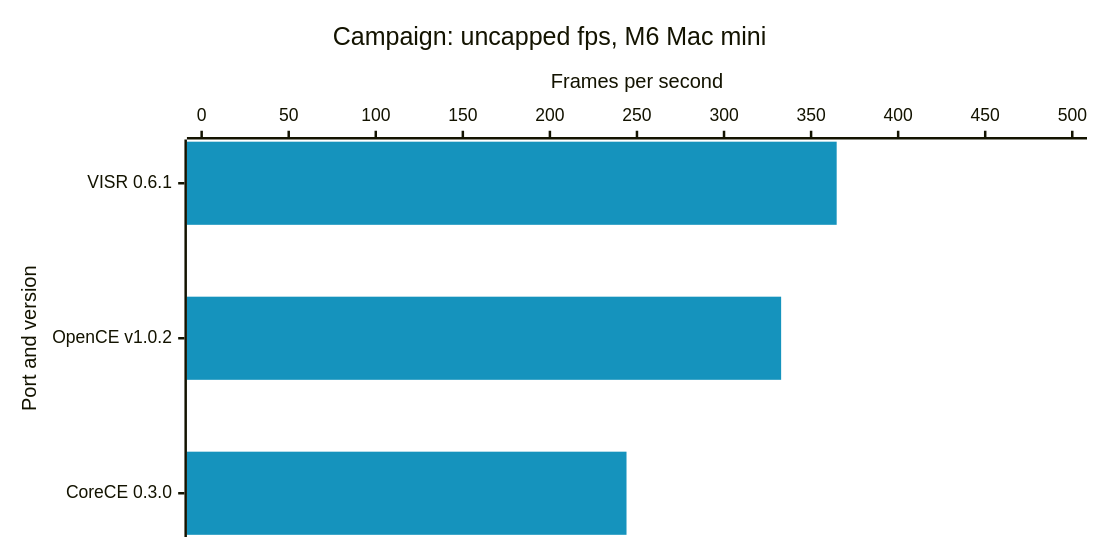
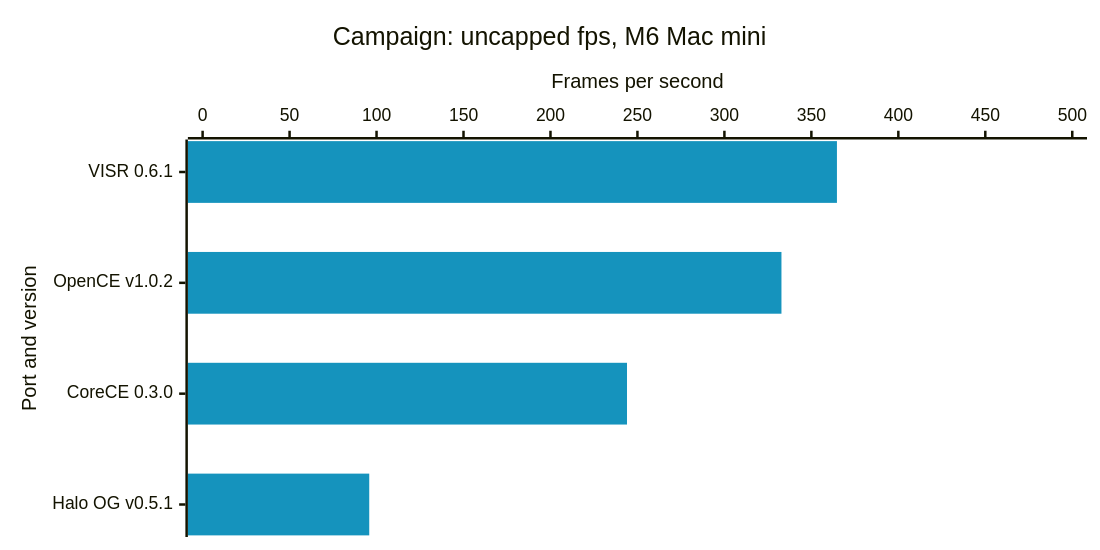
The first of 4 diagrams in docs/benchmarks.md (steverice/halo-ce-ios), drawn with Mermaid before and after one commit. The commit also changed other lines of this file and 11 other files, not shown here.

````diff
--- a/docs/benchmarks.md
+++ b/docs/benchmarks.md
@@ -17,16 +17,16 @@
 ```mermaid
 ---
 config:
   xyChart:
     width: 860
     height: 420
   themeVariables:
     xyChart:
       plotColorPalette: "#1593bd, #c8870a"
 ---
 xychart-beta horizontal
     title "Campaign: uncapped fps, M6 Mac mini"
-    x-axis "Port and version" ["VISR 0.6.1", "OpenCE v1.0.2", "CoreCE 0.3.0"]
+    x-axis "Port and version" ["VISR 0.6.1", "OpenCE v1.0.2", "CoreCE 0.3.0", "Halo OG v0.5.1"]
     y-axis "Frames per second" 0 --> 500
-    bar [364.7, 332.8, 244]
+    bar [364.7, 332.8, 244, 95.8]
 ```
````
